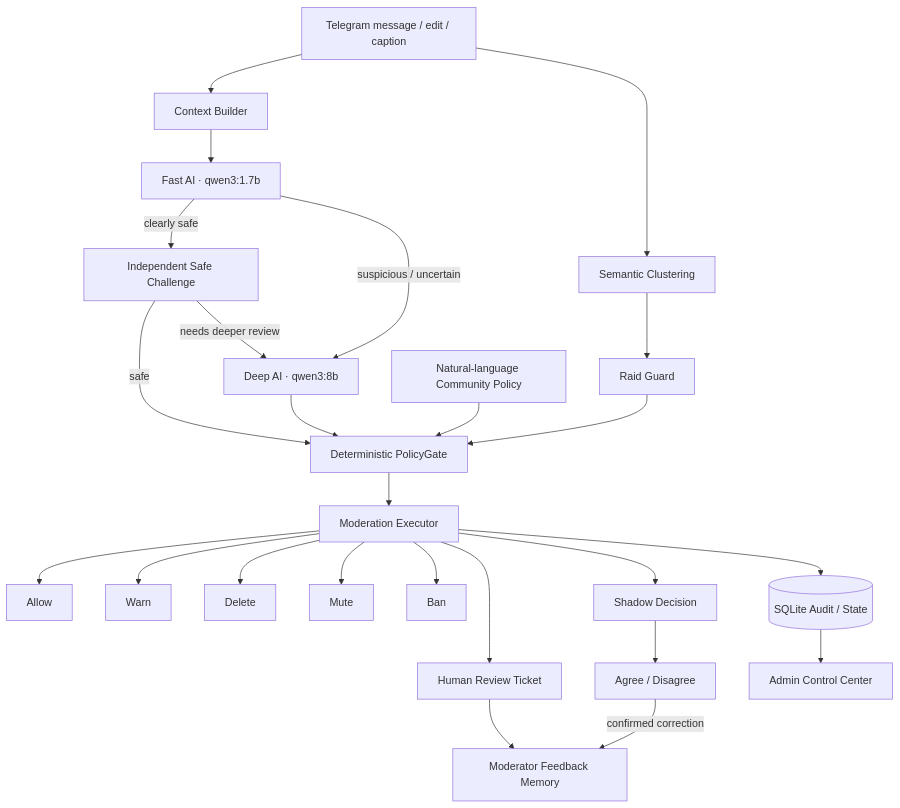
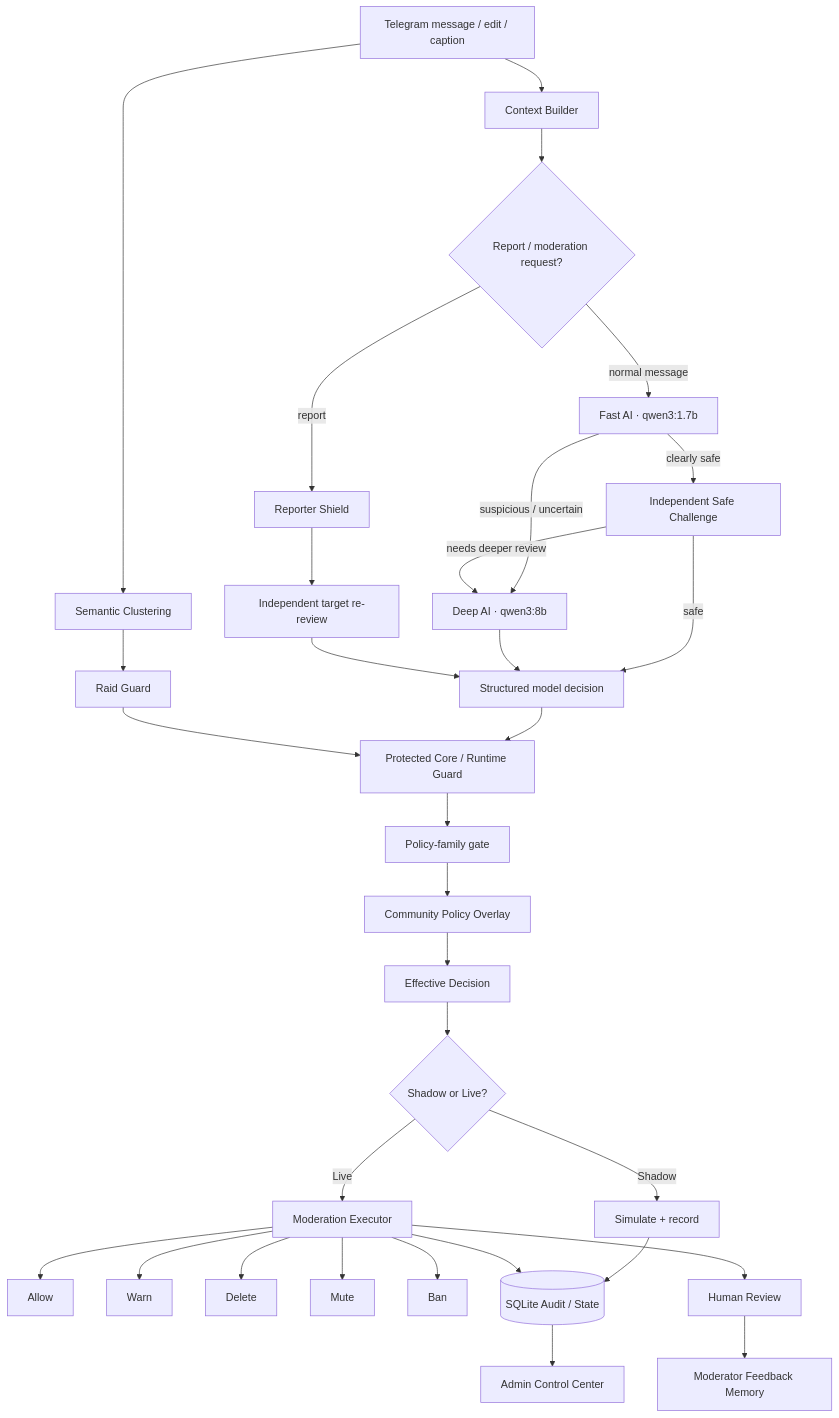
Before and after one commit to 0xkentoshi/modguard: the diagram in README.md, drawn with Mermaid. The commit also changed other lines of this file and 32 other files, not shown here.

````diff
--- a/README.md
+++ b/README.md
@@ -173,32 +214,41 @@
 ```mermaid
 flowchart TD
     TG[Telegram message / edit / caption] --> CTX[Context Builder]
-    CTX --> FAST[Fast AI · qwen3:1.7b]
+    CTX --> REPORT{Report / moderation request?}
+
+    REPORT -->|report| RSHIELD[Reporter Shield]
+    RSHIELD --> REREVIEW[Independent target re-review]
+
+    REPORT -->|normal message| FAST[Fast AI · qwen3:1.7b]
     FAST -->|clearly safe| CHALLENGE[Independent Safe Challenge]
     FAST -->|suspicious / uncertain| DEEP[Deep AI · qwen3:8b]
-    CHALLENGE -->|safe| POLICY[Deterministic PolicyGate]
     CHALLENGE -->|needs deeper review| DEEP
-    DEEP --> POLICY
+    CHALLENGE -->|safe| MODEL[Structured model decision]
+    DEEP --> MODEL
+    REREVIEW --> MODEL
 
-    POLICY --> EXEC[Moderation Executor]
+    MODEL --> CORE[Protected Core / Runtime Guard]
+    CORE --> FAMILY[Policy-family gate]
+    FAMILY --> CP[Community Policy Overlay]
+    CP --> EFFECTIVE[Effective Decision]
+
+    EFFECTIVE --> MODE{Shadow or Live?}
+    MODE -->|Shadow| SIM[Simulate + record]
+    MODE -->|Live| EXEC[Moderation Executor]
+
     EXEC --> ALLOW[Allow]
     EXEC --> WARN[Warn]
     EXEC --> DELETE[Delete]
     EXEC --> MUTE[Mute]
     EXEC --> BAN[Ban]
-    EXEC --> REVIEW[Human Review Ticket]
-    EXEC --> SHADOW[Shadow Decision]
+    EXEC --> REVIEW[Human Review]
 
     REVIEW --> FEEDBACK[Moderator Feedback Memory]
-    SHADOW --> SFB[Agree / Disagree]
-    SFB -->|confirmed correction| FEEDBACK
-
-    EXEC --> AUDIT[(SQLite Audit / State)]
+    SIM --> AUDIT[(SQLite Audit / State)]
+    EXEC --> AUDIT
     AUDIT --> DASH[Admin Control Center]
 
     TG --> SEM[Semantic Clustering]
     SEM --> RAID[Raid Guard]
-    RAID --> POLICY
-
-    COMMUNITY[Natural-language Community Policy] --> POLICY
+    RAID --> CORE
 ```
````
